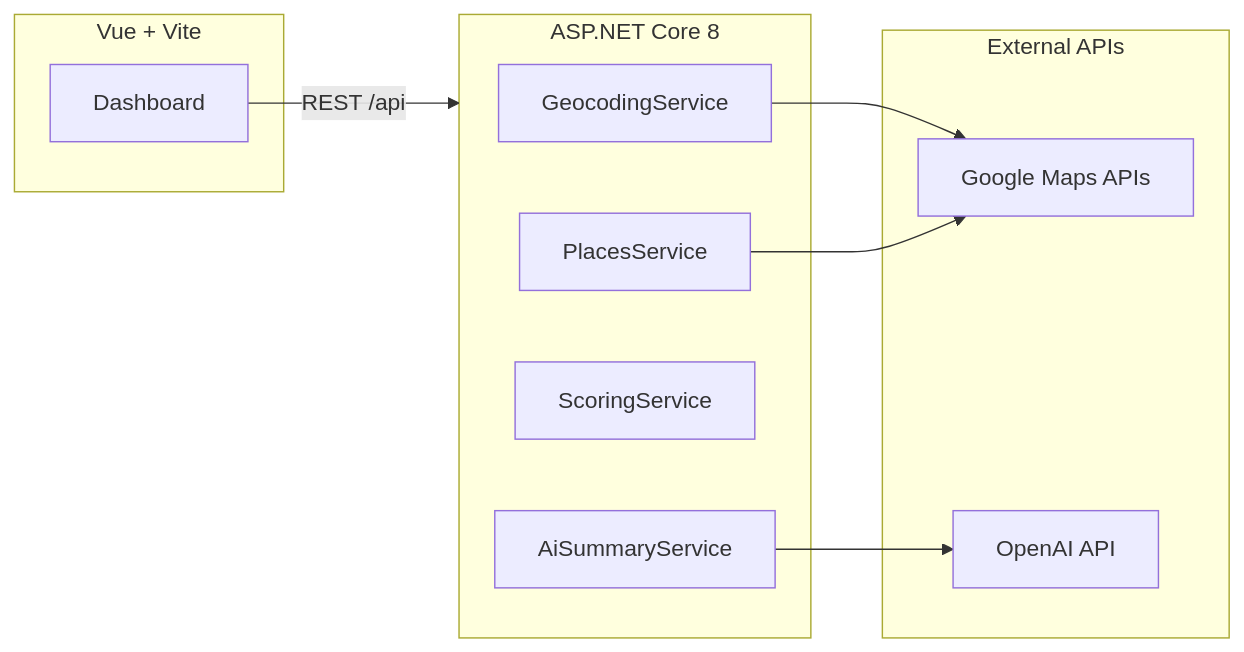
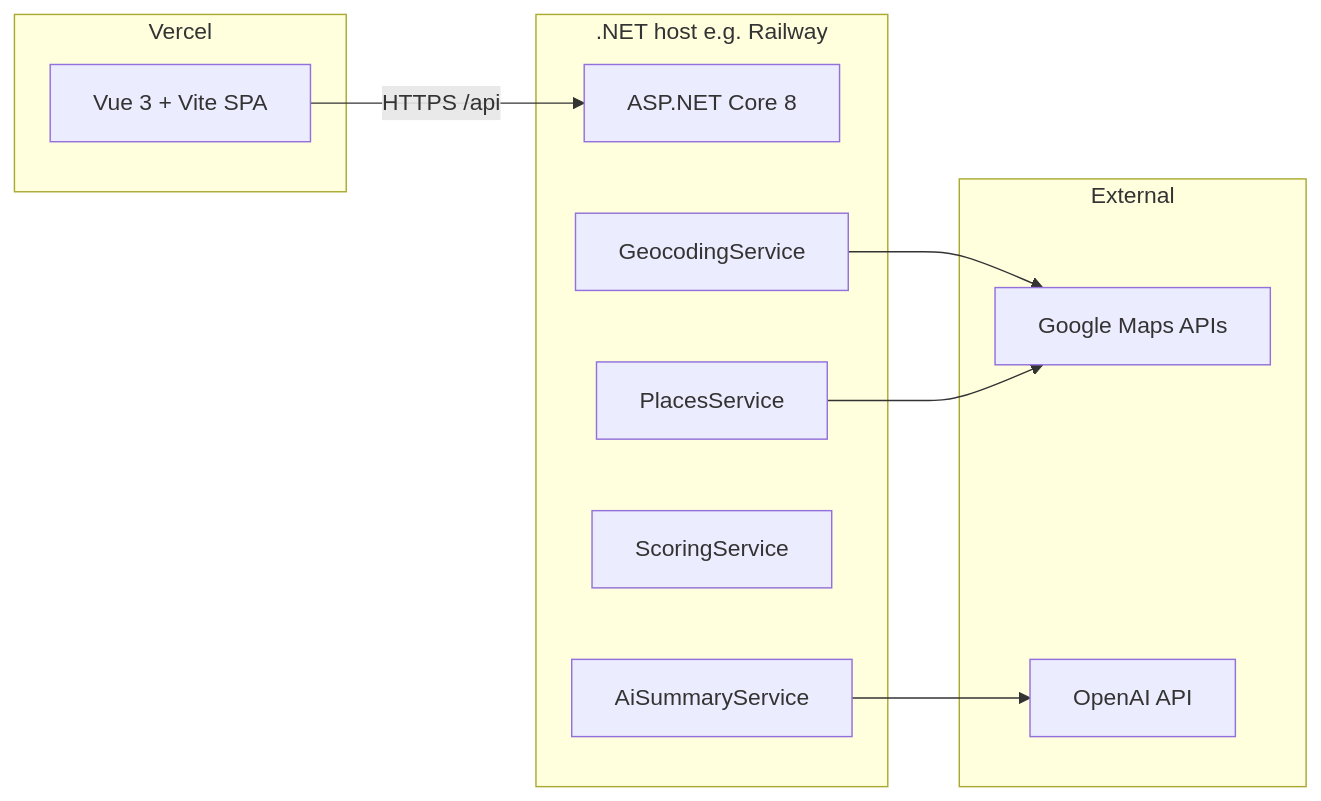
One commit to aamirhosii/neighborhood-intel changed the diagram in README.md. Above: the diagram before and after it, drawn with Mermaid. The commit also changed other lines of this file and 2 other files, not shown here.

Commit message:
Docs: align README and deployment guides with current Vue + .NET stack

````diff
--- a/README.md
+++ b/README.md
@@ -42,20 +43,21 @@
 ```mermaid
 flowchart LR
-  subgraph client [Vue + Vite]
-    UI[Dashboard]
+  subgraph vercel [Vercel]
+    UI[Vue 3 + Vite SPA]
   end
-  subgraph api [ASP.NET Core 8]
+  subgraph host [.NET host e.g. Railway]
+    API[ASP.NET Core 8]
     GEO[GeocodingService]
     PL[PlacesService]
     SC[ScoringService]
     AI[AiSummaryService]
   end
-  subgraph external [External APIs]
+  subgraph external [External]
     GM[Google Maps APIs]
     OA[OpenAI API]
   end
-  UI -->|REST /api| api
+  UI -->|HTTPS /api| API
   GEO --> GM
   PL --> GM
   AI --> OA
 ```
````
